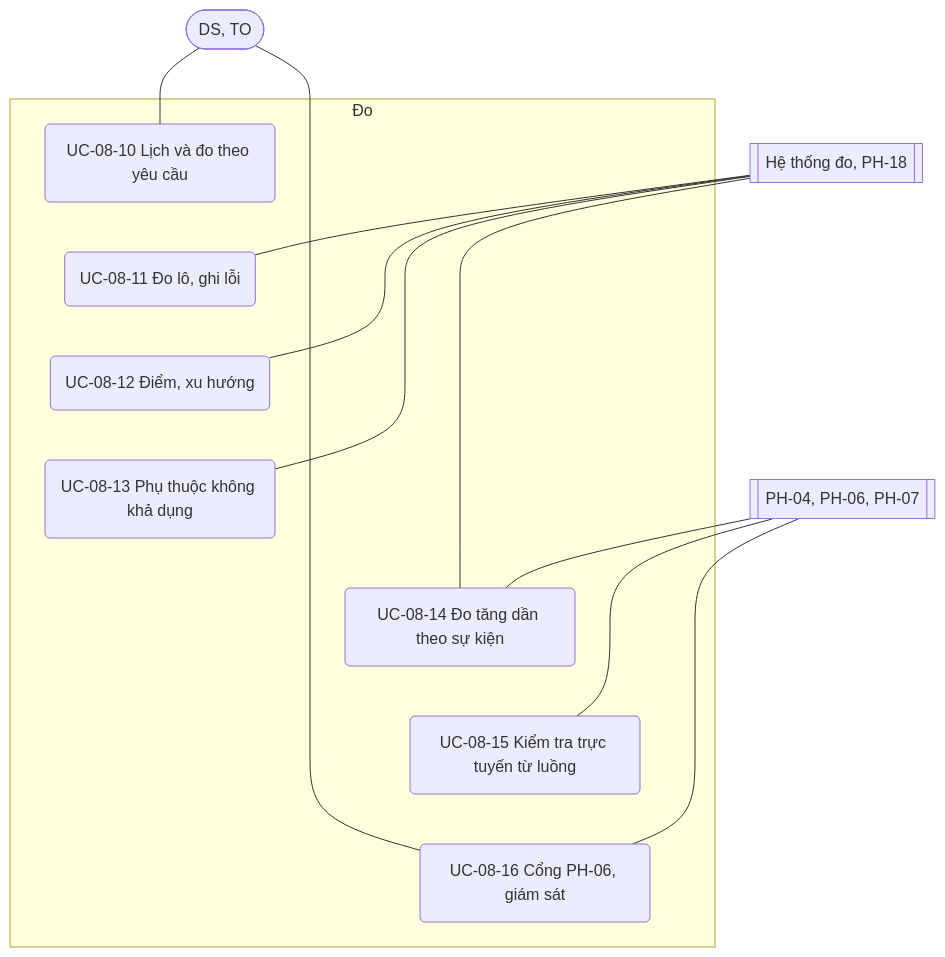
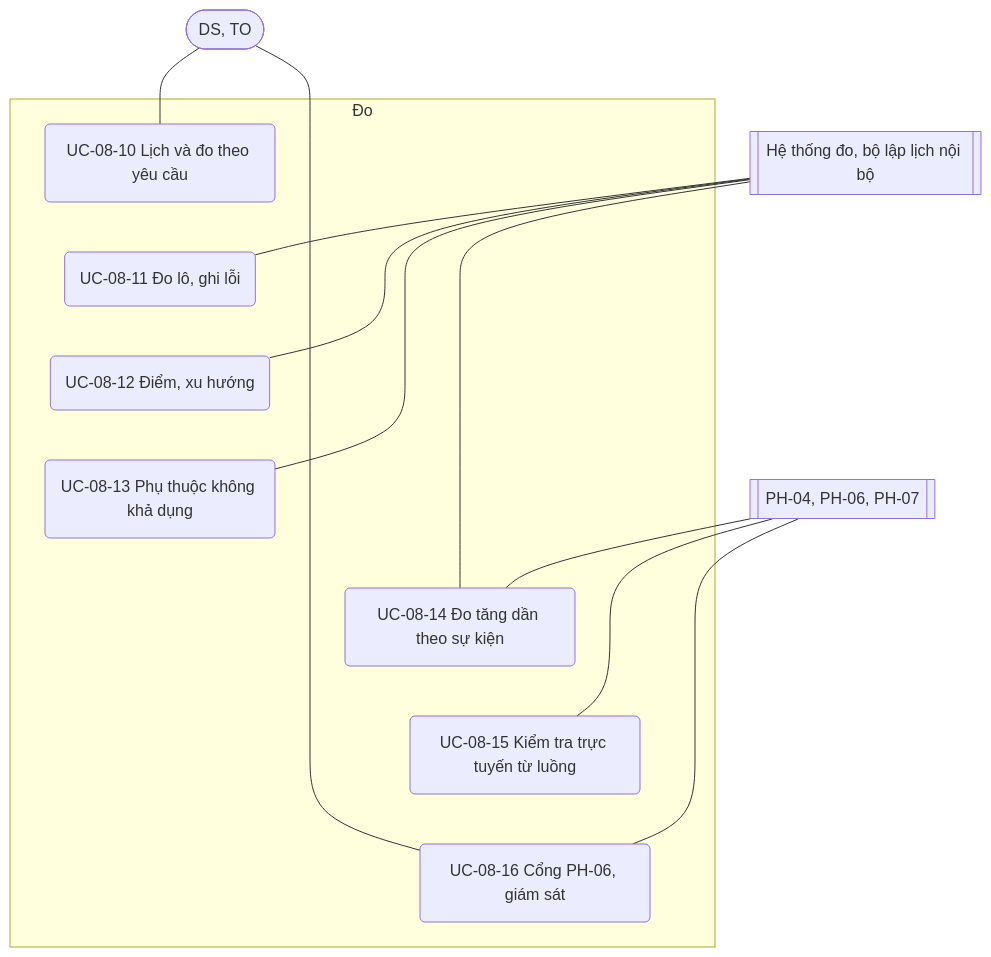
One commit to caprocute/DATAHUB changed the third of 32 diagrams in datahub-docs/02-yeu-cau/use-case/D02-04-PH08-use-case-chat-luong-du-lieu.md. Above: the diagram before and after it, drawn with Mermaid. The commit also changed other lines of this file and 24 other files, not shown here.

````diff
--- a/datahub-docs/02-yeu-cau/use-case/D02-04-PH08-use-case-chat-luong-du-lieu.md
+++ b/datahub-docs/02-yeu-cau/use-case/D02-04-PH08-use-case-chat-luong-du-lieu.md
@@ -152,19 +152,19 @@
 ```{.mermaid caption="Use case đo theo lô, theo sự kiện và trực tuyến"}
 flowchart TB
   DS([DS, TO])
-  SYS[[Hệ thống đo, PH-18]]
+  SYS[[Hệ thống đo, bộ lập lịch nội bộ]]
   EXT[[PH-04, PH-06, PH-07]]
   subgraph G3["Đo"]
     U10(UC-08-10 Lịch và đo theo yêu cầu)
     U11(UC-08-11 Đo lô, ghi lỗi)
     U12(UC-08-12 Điểm, xu hướng)
     U13(UC-08-13 Phụ thuộc không khả dụng)
     U14(UC-08-14 Đo tăng dần theo sự kiện)
     U15(UC-08-15 Kiểm tra trực tuyến từ luồng)
     U16(UC-08-16 Cổng PH-06, giám sát)
     U10 ~~~ U11 ~~~ U12 ~~~ U13 ~~~ U14 ~~~ U15 ~~~ U16
   end
   DS --- U10 & U16
   SYS --- U11 & U12 & U13 & U14
   EXT --- U14 & U15 & U16
 ```
````
